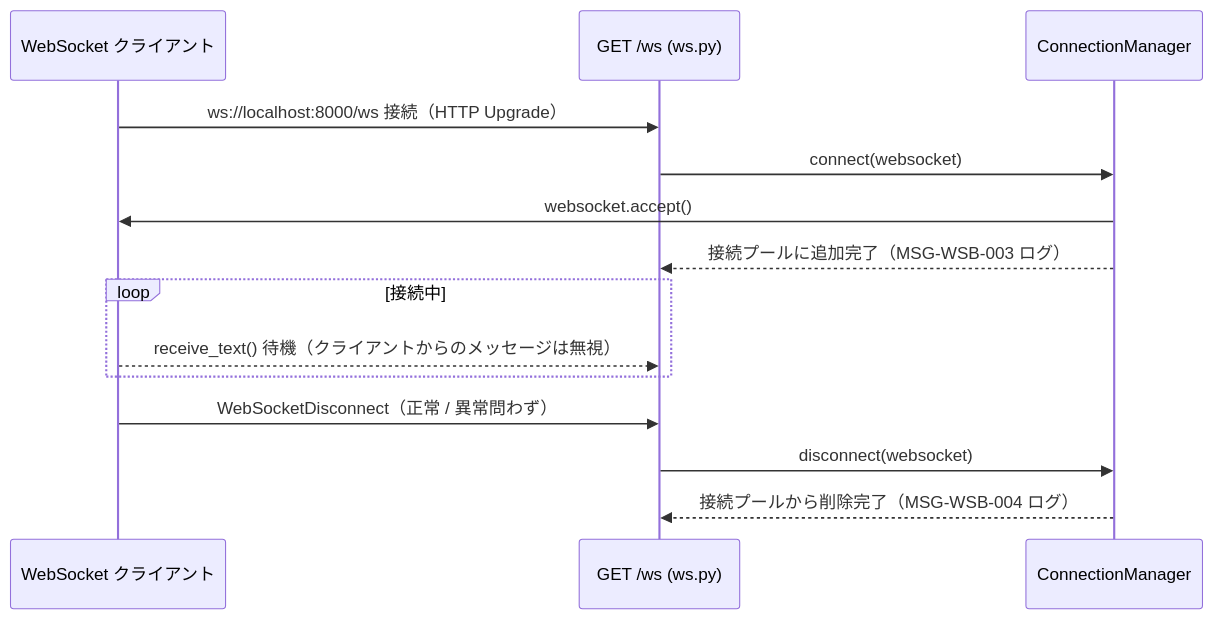
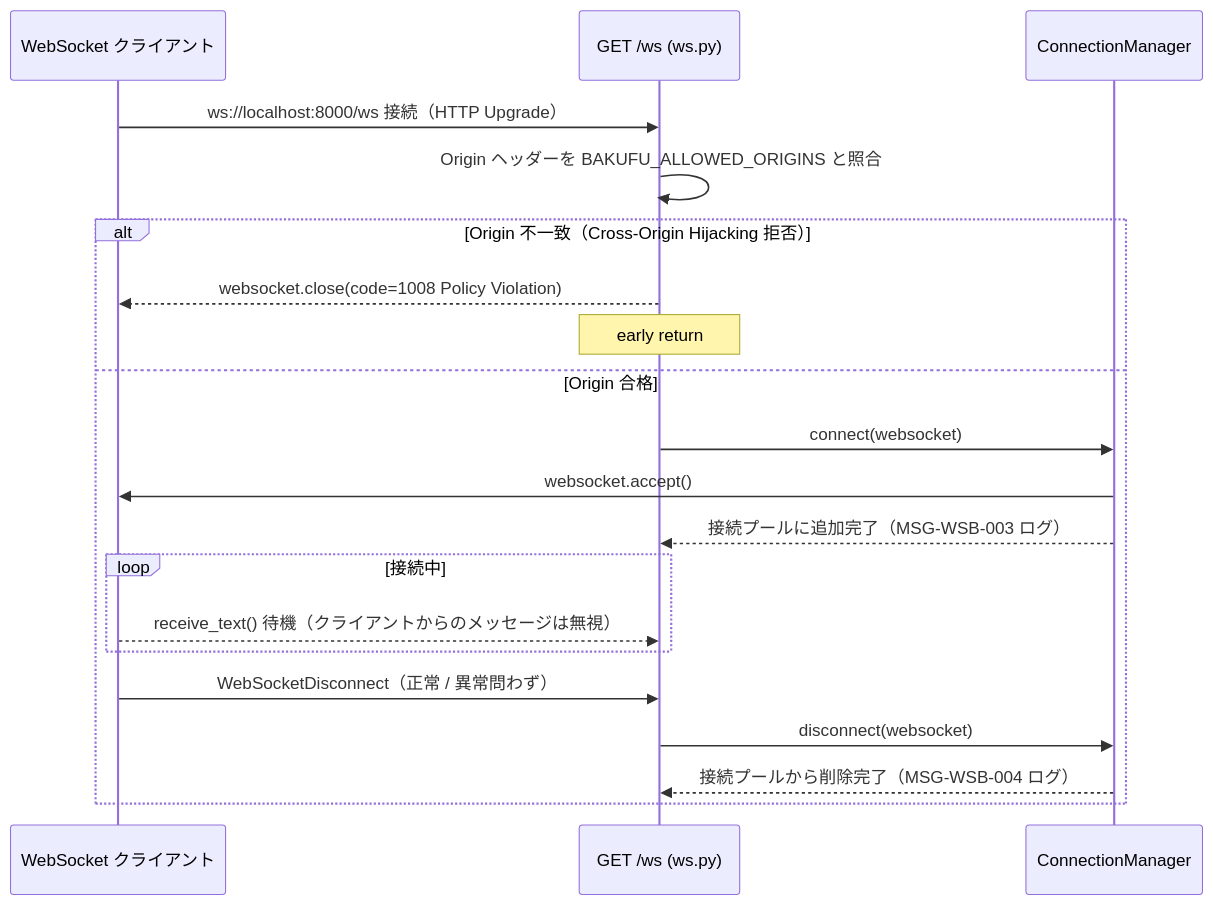
Before and after one commit to bakufu-dev/bakufu: the third of 5 diagrams in docs/features/websocket-broadcast/http-api/basic-design.md, drawn with Mermaid. The commit also changed other lines of this file, not shown here.

Commit message:
docs(websocket-broadcast/http-api): ラムス指摘対応 — REQ-WSB-011処理列とUC-WSB-005シーケンス図にOrigin検証を追記
- REQ-WSB-011「処理」列の冒頭にOrigin検証ステップ（①照合→拒否 ②合格後connect ③受信ループ）を追記
- UC-WSB-005シーケンス図に alt/else ブロックで拒否ルート（close 1008）と
  合格ルート（connect→受信ループ→disconnect）の両分岐を明示

````diff
--- a/docs/features/websocket-broadcast/http-api/basic-design.md
+++ b/docs/features/websocket-broadcast/http-api/basic-design.md
@@ -142,17 +142,24 @@
 ```mermaid
 sequenceDiagram
     participant Client as WebSocket クライアント
     participant WsRouter as GET /ws (ws.py)
     participant CM as ConnectionManager
 
     Client->>WsRouter: ws://localhost:8000/ws 接続（HTTP Upgrade）
-    WsRouter->>CM: connect(websocket)
-    CM->>Client: websocket.accept()
-    CM-->>WsRouter: 接続プールに追加完了（MSG-WSB-003 ログ）
-    loop 接続中
-        Client-->>WsRouter: receive_text() 待機（クライアントからのメッセージは無視）
+    WsRouter->>WsRouter: Origin ヘッダーを BAKUFU_ALLOWED_ORIGINS と照合
+
+    alt Origin 不一致（Cross-Origin Hijacking 拒否）
+        WsRouter-->>Client: websocket.close(code=1008 Policy Violation)
+        Note over WsRouter: early return
+    else Origin 合格
+        WsRouter->>CM: connect(websocket)
+        CM->>Client: websocket.accept()
+        CM-->>WsRouter: 接続プールに追加完了（MSG-WSB-003 ログ）
+        loop 接続中
+            Client-->>WsRouter: receive_text() 待機（クライアントからのメッセージは無視）
+        end
+        Client->>WsRouter: WebSocketDisconnect（正常 / 異常問わず）
+        WsRouter->>CM: disconnect(websocket)
+        CM-->>WsRouter: 接続プールから削除完了（MSG-WSB-004 ログ）
     end
-    Client->>WsRouter: WebSocketDisconnect（正常 / 異常問わず）
-    WsRouter->>CM: disconnect(websocket)
-    CM-->>WsRouter: 接続プールから削除完了（MSG-WSB-004 ログ）
 ```
````
